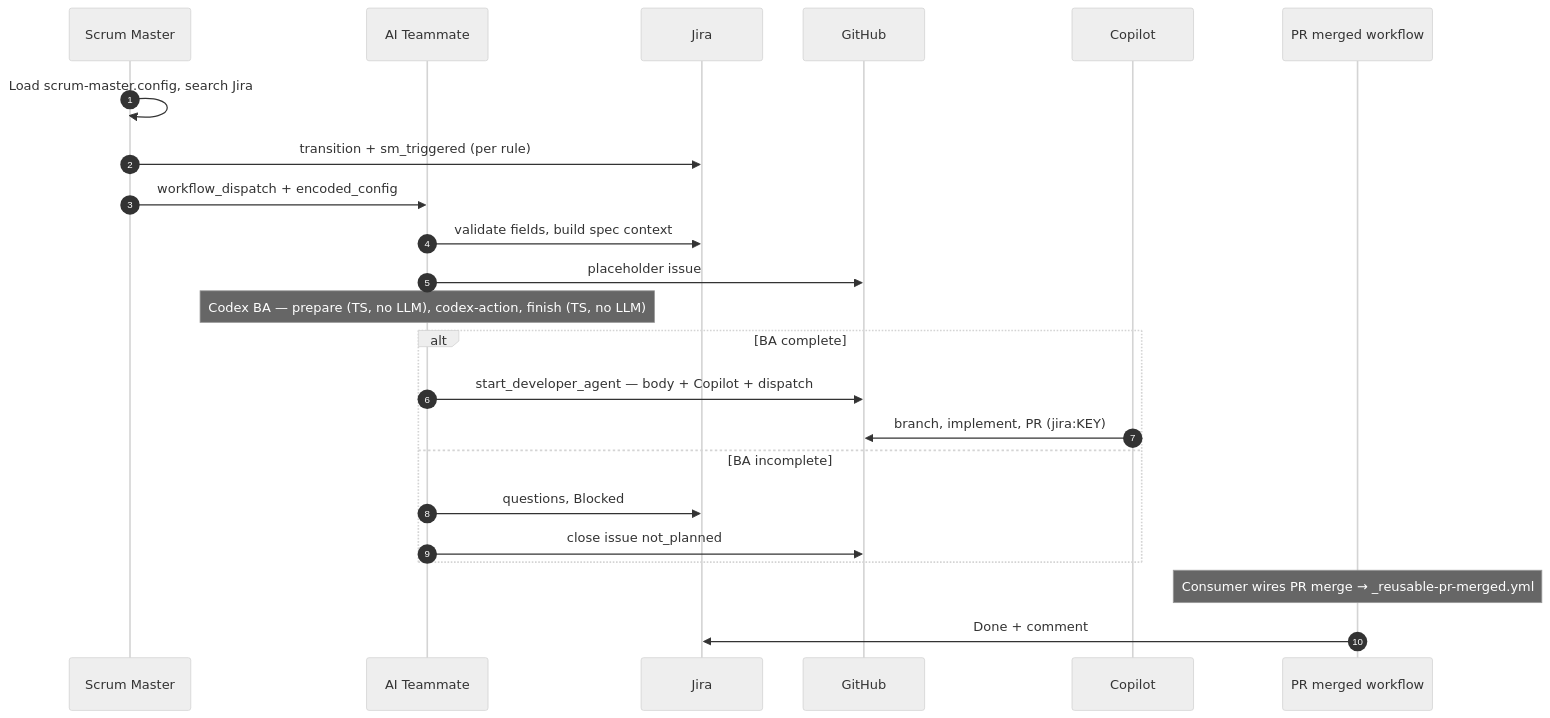
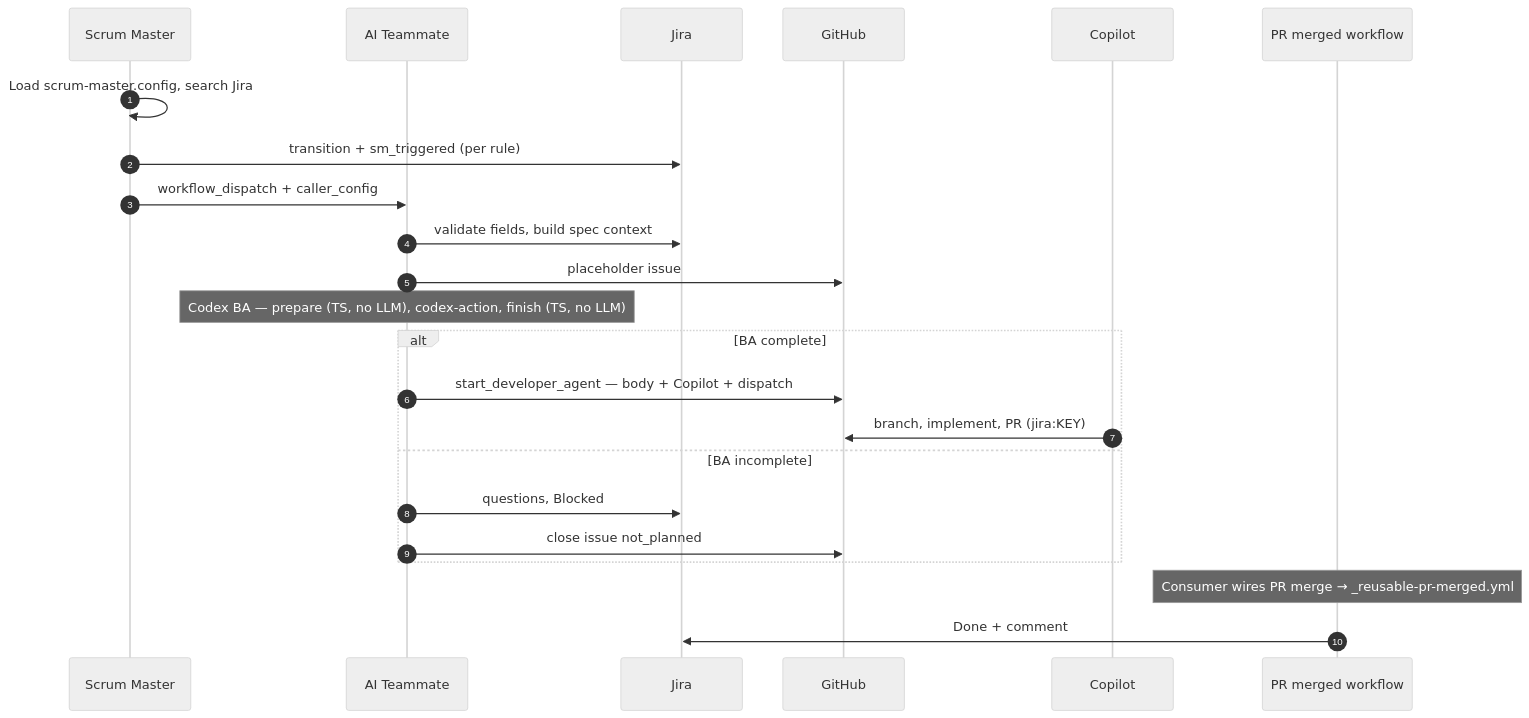
One commit to DmitryLukyanov/SDLCAgents changed the second of 3 diagrams in README.md. Above: the diagram before and after it, drawn with Mermaid (neutral theme). The commit also changed other lines of this file and 38 other files, not shown here.

````diff
--- a/README.md
+++ b/README.md
@@ -152,28 +152,28 @@
 ```mermaid
 sequenceDiagram
     autonumber
     participant SM as Scrum Master
     participant AT as AI Teammate
     participant J as Jira
     participant GH as GitHub
     participant COP as Copilot
     participant PM as PR merged workflow
 
     SM->>SM: Load scrum-master.config, search Jira
     SM->>J: transition + sm_triggered (per rule)
-    SM->>AT: workflow_dispatch + encoded_config
+    SM->>AT: workflow_dispatch + caller_config
 
     AT->>J: validate fields, build spec context
     AT->>GH: placeholder issue
     Note over AT: Codex BA — prepare (TS, no LLM), codex-action, finish (TS, no LLM)
     alt BA complete
         AT->>GH: start_developer_agent — body + Copilot + dispatch
         COP->>GH: branch, implement, PR (jira:KEY)
     else BA incomplete
         AT->>J: questions, Blocked
         AT->>GH: close issue not_planned
     end
 
     Note over PM: Consumer wires PR merge → _reusable-pr-merged.yml
     PM->>J: Done + comment
 ```
````
